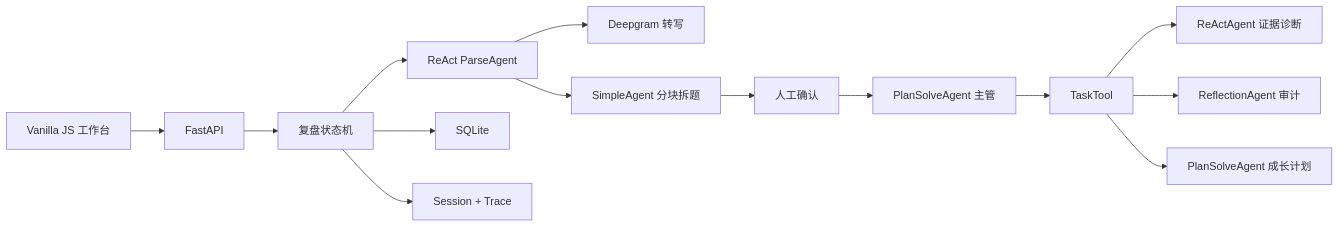
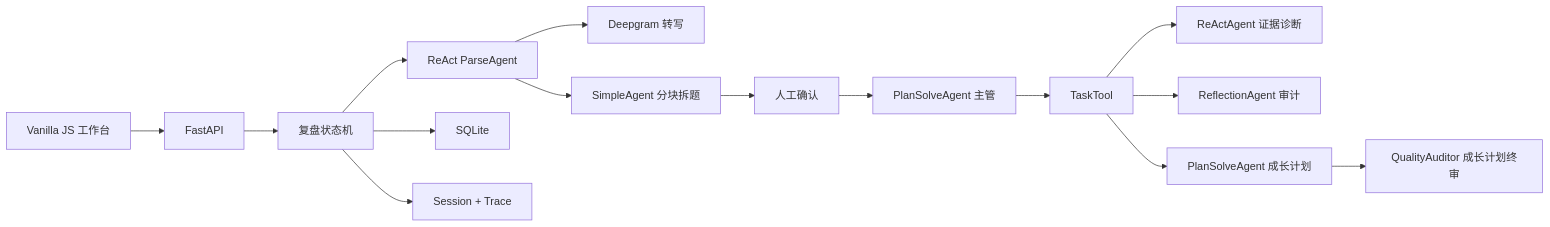
The diagram in README.md (HAPPYY2003/interview-review-assistant), drawn with Mermaid before and after one commit. The commit also changed other lines of this file and 19 other files, not shown here.

````diff
--- a/README.md
+++ b/README.md
@@ -26,16 +27,17 @@
 ```mermaid
 flowchart LR
     UI["Vanilla JS 工作台"] --> API["FastAPI"]
     API --> WF["复盘状态机"]
     WF --> PA["ReAct ParseAgent"]
     PA --> DG["Deepgram 转写"]
     PA --> WK["SimpleAgent 分块拆题"]
     WK --> HITL["人工确认"]
     HITL --> SP["PlanSolveAgent 主管"]
     SP --> TT["TaskTool"]
     TT --> RA["ReActAgent 证据诊断"]
     TT --> RF["ReflectionAgent 审计"]
     TT --> GP["PlanSolveAgent 成长计划"]
+    GP --> GA["QualityAuditor 成长计划终审"]
     WF --> DB["SQLite"]
     WF --> TRACE["Session + Trace"]
 ```
````
